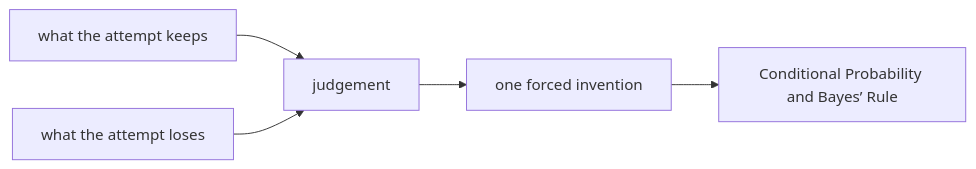
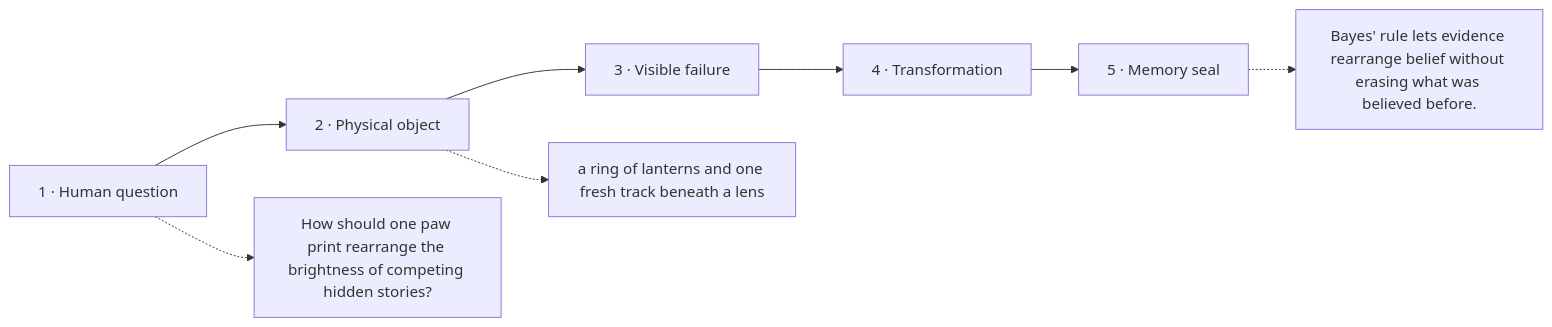
Before and after one commit to kleem-labs/AI-Archaeology: the diagram in excavations/217-conditional-probability-bayes/diagram.md, drawn with Mermaid. The commit also changed other lines of this file and 117 other files, not shown here.

````diff
--- a/excavations/217-conditional-probability-bayes/diagram.md
+++ b/excavations/217-conditional-probability-bayes/diagram.md
@@ -3,7 +5,10 @@
 ```mermaid
 flowchart LR
-  K["what the attempt keeps"] --> J["judgement"]
-  M["what the attempt loses"] --> J
-  J --> I["one forced invention"]
-  I --> N["Conditional Probability and Bayes’ Rule"]
+  Q["1 · Human question"] --> O["2 · Physical object"]
+  O --> F["3 · Visible failure"]
+  F --> T["4 · Transformation"]
+  T --> S["5 · Memory seal"]
+  Q -.-> QD["How should one paw print rearrange the brightness of competing hidden stories?"]
+  O -.-> OD["a ring of lanterns and one fresh track beneath a lens"]
+  S -.-> SD["Bayes' rule lets evidence rearrange belief without erasing what was believed before."]
 ```
````
